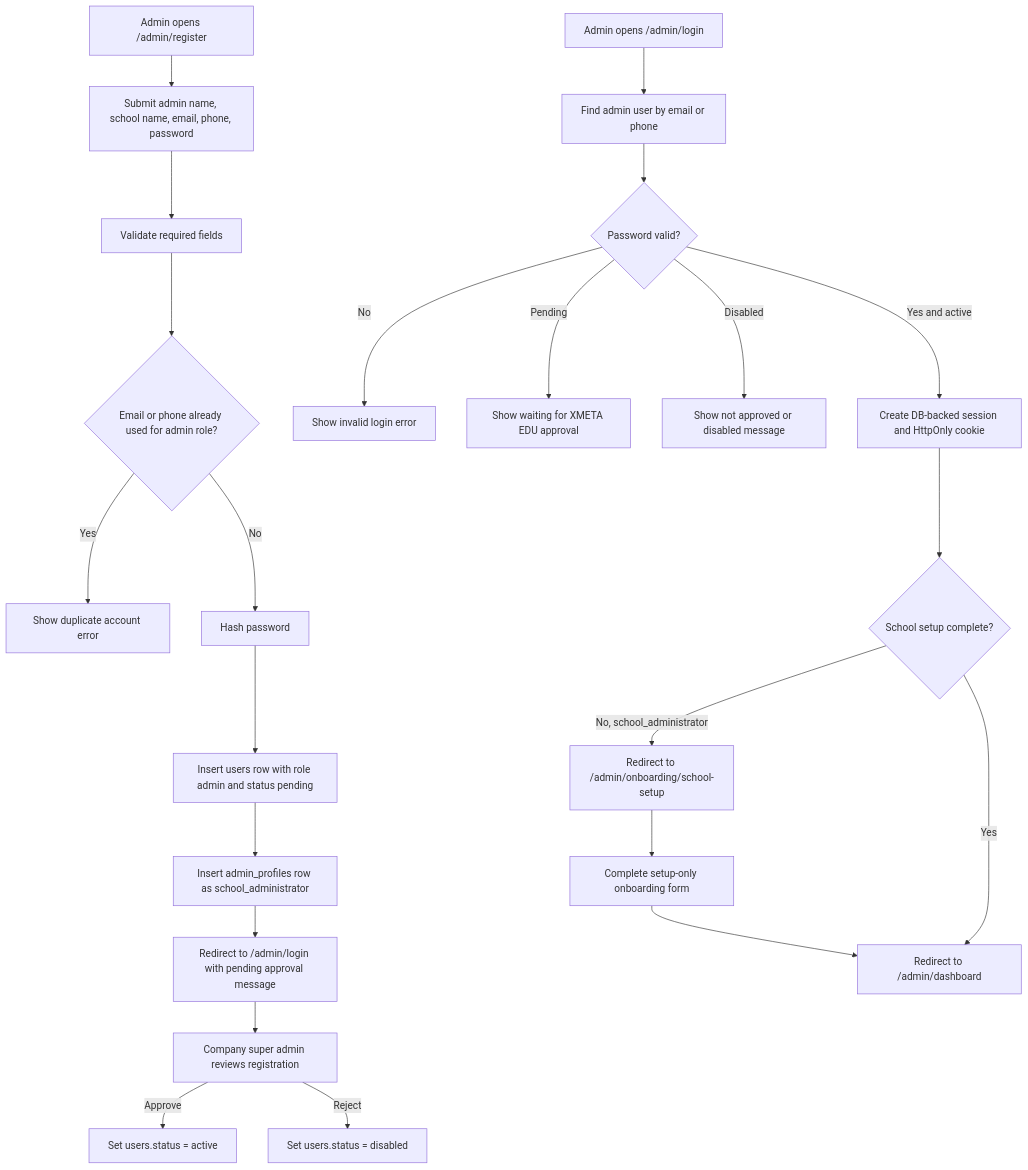
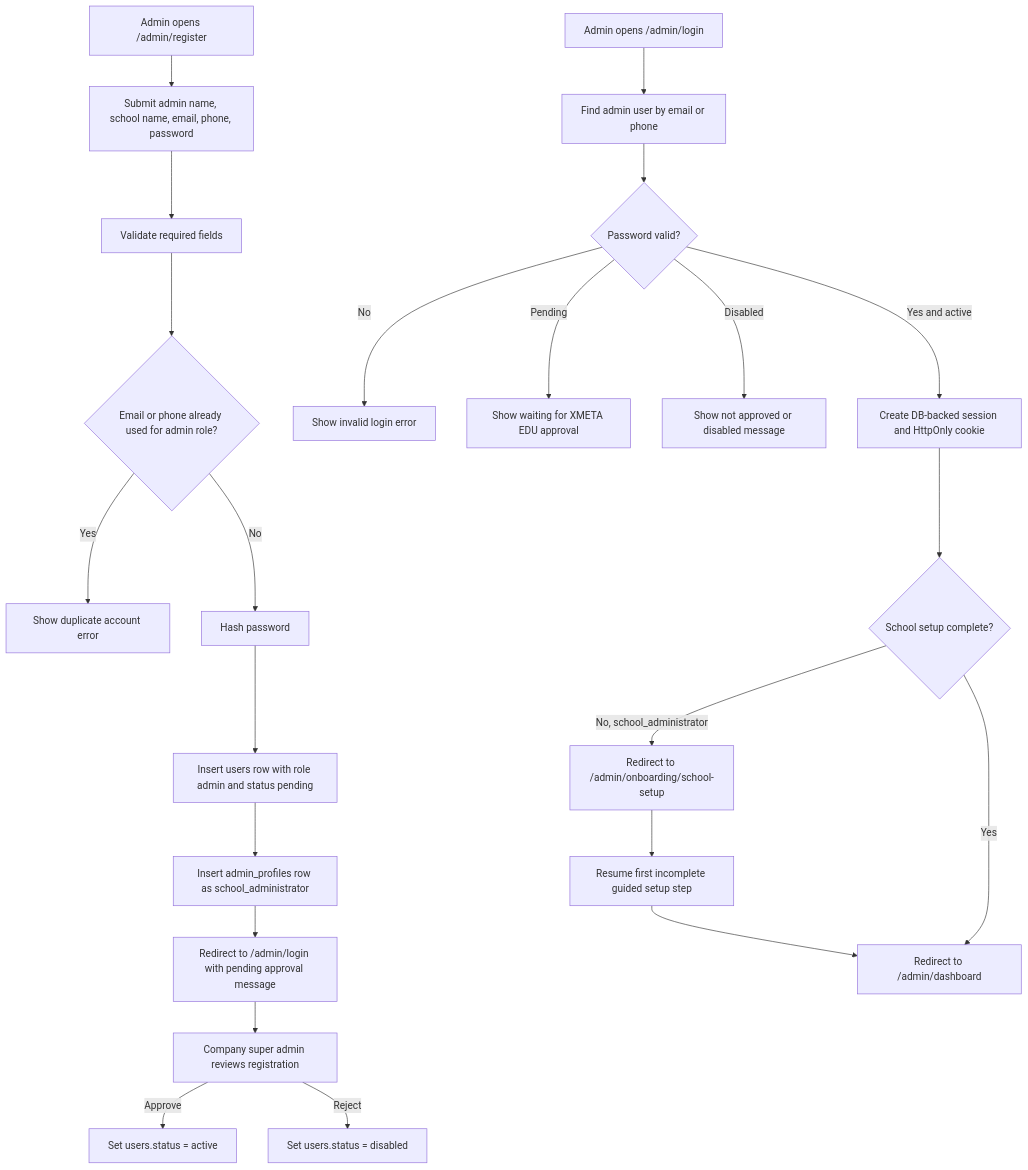
The fifth of 25 diagrams in docs/PROJECT_FLOWCHARTS.md (Xeyn19/xmetapay), drawn with Mermaid before and after one commit. The commit also changed other lines of this file and 16 other files, not shown here.

````diff
--- a/docs/PROJECT_FLOWCHARTS.md
+++ b/docs/PROJECT_FLOWCHARTS.md
@@ -202,26 +202,26 @@
 ```mermaid
 flowchart TD
   A["Admin opens /admin/register"] --> B["Submit admin name, school name, email, phone, password"]
   B --> C["Validate required fields"]
   C --> D{"Email or phone already used for admin role?"}
   D -->|Yes| E["Show duplicate account error"]
   D -->|No| F["Hash password"]
   F --> G["Insert users row with role admin and status pending"]
   G --> H["Insert admin_profiles row as school_administrator"]
   H --> I["Redirect to /admin/login with pending approval message"]
   I --> J["Company super admin reviews registration"]
   J -->|Approve| K["Set users.status = active"]
   J -->|Reject| L["Set users.status = disabled"]
 
   M["Admin opens /admin/login"] --> N["Find admin user by email or phone"]
   N --> O{"Password valid?"}
   O -->|No| P["Show invalid login error"]
   O -->|Pending| P2["Show waiting for XMETA EDU approval"]
   O -->|Disabled| P3["Show not approved or disabled message"]
   O -->|Yes and active| Q["Create DB-backed session and HttpOnly cookie"]
   Q --> R{"School setup complete?"}
   R -->|No, school_administrator| S["Redirect to /admin/onboarding/school-setup"]
-  S --> T["Complete setup-only onboarding form"]
+  S --> T["Resume first incomplete guided setup step"]
   T --> U["Redirect to /admin/dashboard"]
   R -->|Yes| U
 ```
````
